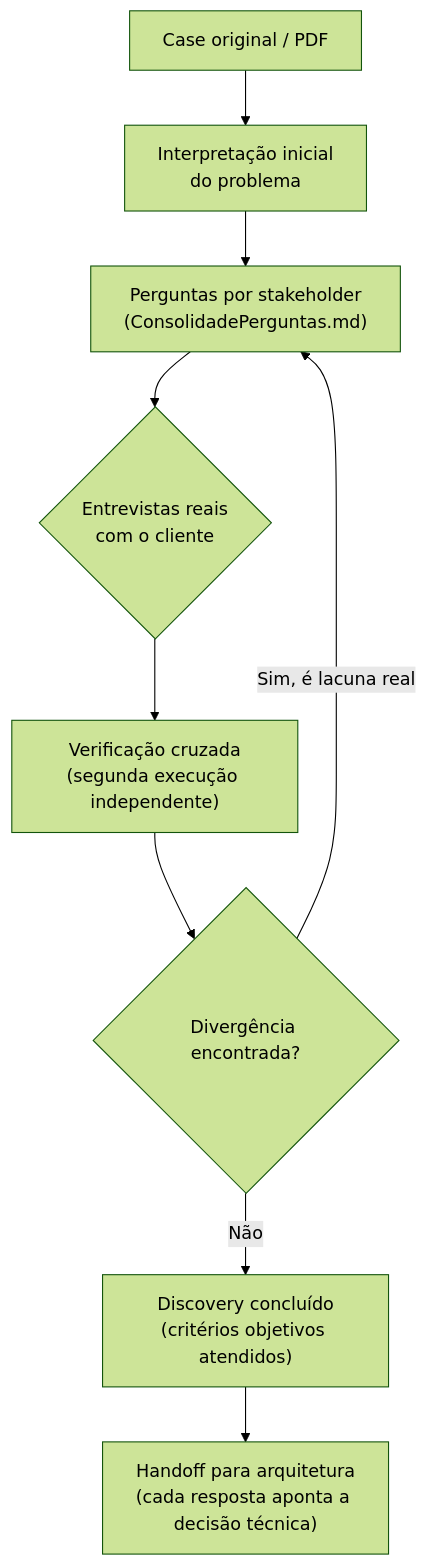
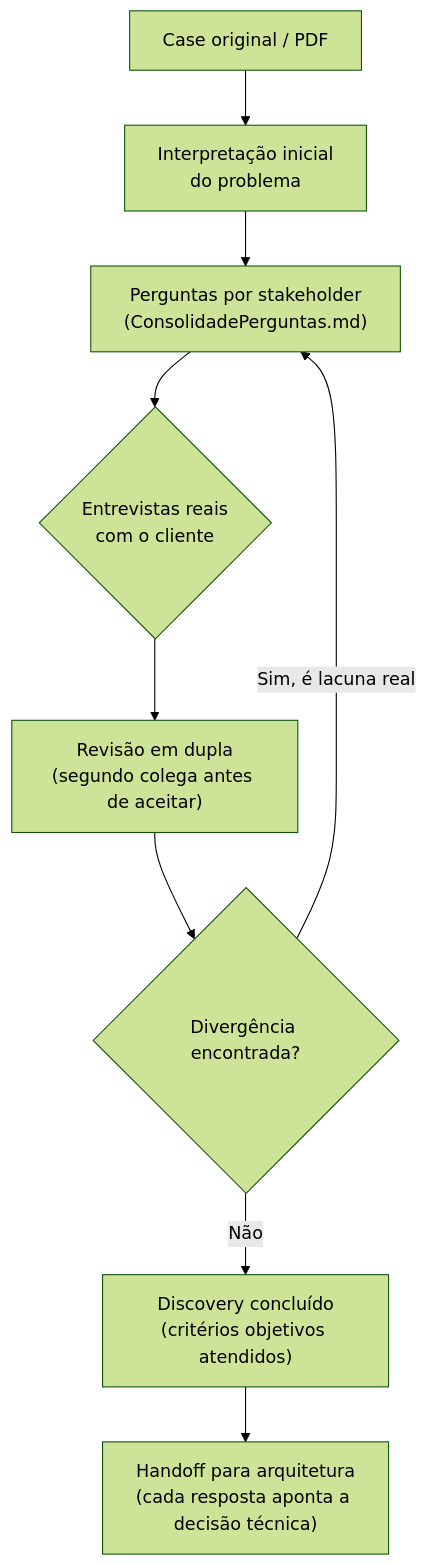
Before and after one commit to Roberton003/projeto-de-dados-industria-farmaceutica: the diagram in README.md, drawn with Mermaid (forest theme). The commit also changed other lines of this file, not shown here.

Commit message:
Scrub: linguagem de processo interno trocada por termos naturais de revisão de equipe

````diff
--- a/README.md
+++ b/README.md
@@ -44,11 +44,11 @@
 ```mermaid
 flowchart TD
     A[Case original / PDF] --> B["Interpretação inicial\ndo problema"]
     B --> C["Perguntas por stakeholder\n(ConsolidadePerguntas.md)"]
     C --> D{"Entrevistas reais\ncom o cliente"}
-    D --> E["Verificação cruzada\n(segunda execução independente)"]
+    D --> E["Revisão em dupla\n(segundo colega antes de aceitar)"]
     E --> F{"Divergência encontrada?"}
     F -->|Sim, é lacuna real| C
     F -->|Não| G["Discovery concluído\n(critérios objetivos atendidos)"]
     G --> H["Handoff para arquitetura\n(cada resposta aponta a decisão técnica)"]
 ```
````
